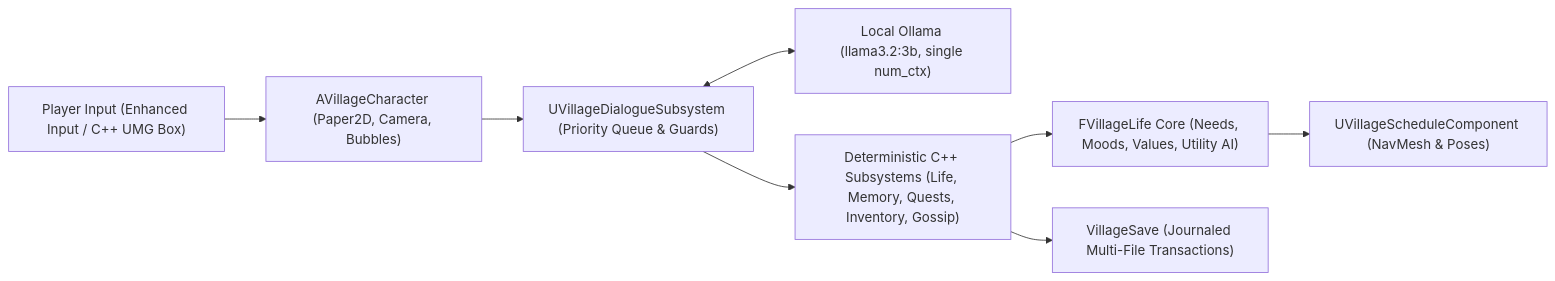
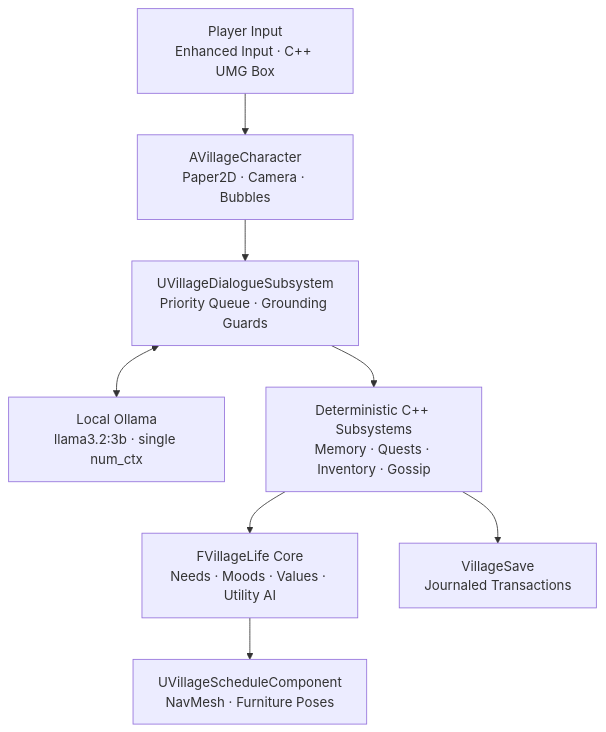
One commit to Tofaluu/VillageSim-Showcase changed the diagram in README.md. Above: the diagram before and after it, drawn with Mermaid.

Commit message:
Switch architecture Mermaid diagram to top-down multi-line boxes to prevent truncation

````diff
--- a/README.md
+++ b/README.md
@@ -41,10 +41,10 @@
 ```mermaid
-flowchart LR
-    Player["Player Input (Enhanced Input / C++ UMG Box)"] --> Char["AVillageCharacter (Paper2D, Camera, Bubbles)"]
-    Char --> Dial["UVillageDialogueSubsystem (Priority Queue & Guards)"]
-    Dial <--> Ollama["Local Ollama (llama3.2:3b, single num_ctx)"]
-    Dial --> Rules["Deterministic C++ Subsystems (Life, Memory, Quests, Inventory, Gossip)"]
-    Rules --> Life["FVillageLife Core (Needs, Moods, Values, Utility AI)"]
-    Life --> Nav["UVillageScheduleComponent (NavMesh & Poses)"]
-    Rules --> Save["VillageSave (Journaled Multi-File Transactions)"]
+flowchart TD
+    Player["Player Input<br/>Enhanced Input · C++ UMG Box"] --> Char["AVillageCharacter<br/>Paper2D · Camera · Bubbles"]
+    Char --> Dial["UVillageDialogueSubsystem<br/>Priority Queue · Grounding Guards"]
+    Dial <--> Ollama["Local Ollama<br/>llama3.2:3b · single num_ctx"]
+    Dial --> Rules["Deterministic C++ Subsystems<br/>Memory · Quests · Inventory · Gossip"]
+    Rules --> Life["FVillageLife Core<br/>Needs · Moods · Values · Utility AI"]
+    Life --> Nav["UVillageScheduleComponent<br/>NavMesh · Furniture Poses"]
+    Rules --> Save["VillageSave<br/>Journaled Transactions"]
 ```
````
